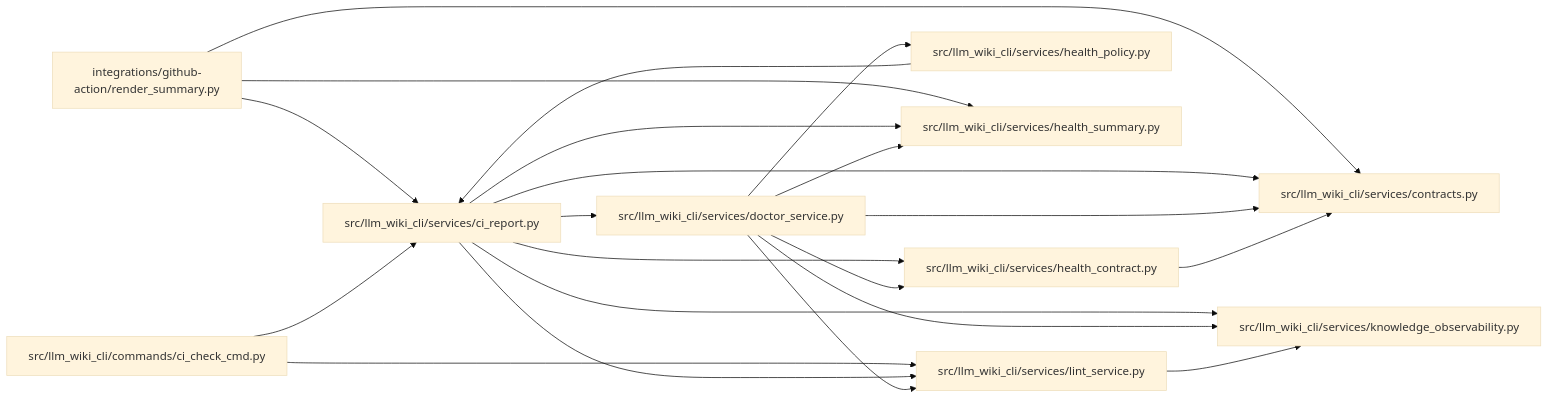
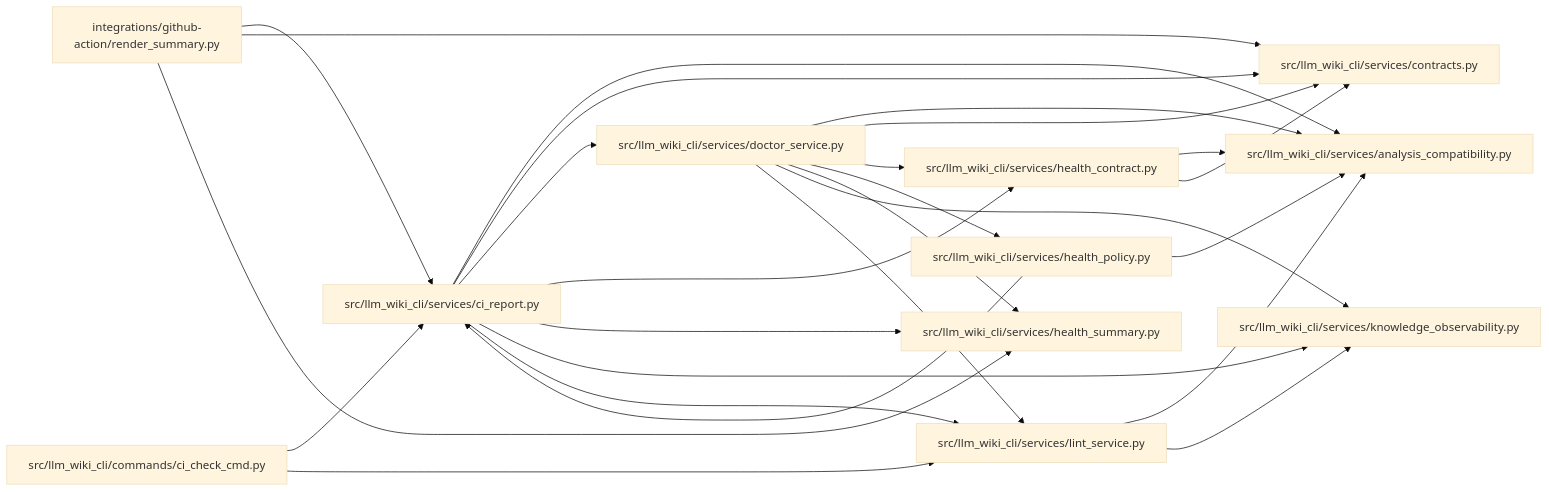
The diagram in docs/llm_wiki/modules/ci_report.md (Denissvgn/python-wiki-llm), drawn with Mermaid (base theme) before and after one commit. The commit also changed other lines of this file and 391 other files, not shown here.

Commit message:
docs(wiki): record independent analysis compatibility metadata

````diff
--- a/docs/llm_wiki/modules/ci_report.md
+++ b/docs/llm_wiki/modules/ci_report.md
@@ -37,43 +38,50 @@
 ```mermaid
 flowchart LR
     n0["integrations/github-action/render_summary.py"]
     n1["src/llm_wiki_cli/commands/ci_check_cmd.py"]
-    n2["src/llm_wiki_cli/services/ci_report.py"]
-    n3["src/llm_wiki_cli/services/contracts.py"]
-    n4["src/llm_wiki_cli/services/doctor_service.py"]
-    n5["src/llm_wiki_cli/services/health_contract.py"]
-    n6["src/llm_wiki_cli/services/health_policy.py"]
-    n7["src/llm_wiki_cli/services/health_summary.py"]
-    n8["src/llm_wiki_cli/services/knowledge_observability.py"]
-    n9["src/llm_wiki_cli/services/lint_service.py"]
-    n0 --> n2
+    n2["src/llm_wiki_cli/services/analysis_compatibility.py"]
+    n3["src/llm_wiki_cli/services/ci_report.py"]
+    n4["src/llm_wiki_cli/services/contracts.py"]
+    n5["src/llm_wiki_cli/services/doctor_service.py"]
+    n6["src/llm_wiki_cli/services/health_contract.py"]
+    n7["src/llm_wiki_cli/services/health_policy.py"]
+    n8["src/llm_wiki_cli/services/health_summary.py"]
+    n9["src/llm_wiki_cli/services/knowledge_observability.py"]
+    n10["src/llm_wiki_cli/services/lint_service.py"]
     n0 --> n3
-    n0 --> n7
-    n1 --> n2
-    n1 --> n9
-    n2 --> n3
-    n2 --> n4
-    n2 --> n5
-    n2 --> n7
-    n2 --> n8
-    n2 --> n9
-    n4 --> n3
-    n4 --> n5
-    n4 --> n6
-    n4 --> n7
-    n4 --> n8
-    n4 --> n9
-    n5 --> n3
+    n0 --> n4
+    n0 --> n8
+    n1 --> n3
+    n1 --> n10
+    n3 --> n2
+    n3 --> n4
+    n3 --> n5
+    n3 --> n6
+    n3 --> n8
+    n3 --> n9
+    n3 --> n10
+    n5 --> n2
+    n5 --> n4
+    n5 --> n6
+    n5 --> n7
+    n5 --> n8
+    n5 --> n9
+    n5 --> n10
     n6 --> n2
-    n9 --> n8
+    n6 --> n4
+    n7 --> n2
+    n7 --> n3
+    n10 --> n2
+    n10 --> n9
     click n0 "../modules/render_summary.md"
     click n1 "../modules/ci_check_cmd.md"
-    click n2 "../modules/ci_report.md"
-    click n3 "../modules/services_contracts.md"
-    click n4 "../modules/doctor_service.md"
-    click n5 "../modules/health_contract.md"
-    click n6 "../modules/health_policy.md"
-    click n7 "../modules/health_summary.md"
-    click n8 "../modules/knowledge_observability.md"
-    click n9 "../modules/lint_service.md"
+    click n2 "../modules/analysis_compatibility.md"
+    click n3 "../modules/ci_report.md"
+    click n4 "../modules/services_contracts.md"
+    click n5 "../modules/doctor_service.md"
+    click n6 "../modules/health_contract.md"
+    click n7 "../modules/health_policy.md"
+    click n8 "../modules/health_summary.md"
+    click n9 "../modules/knowledge_observability.md"
+    click n10 "../modules/lint_service.md"
 ```
````
